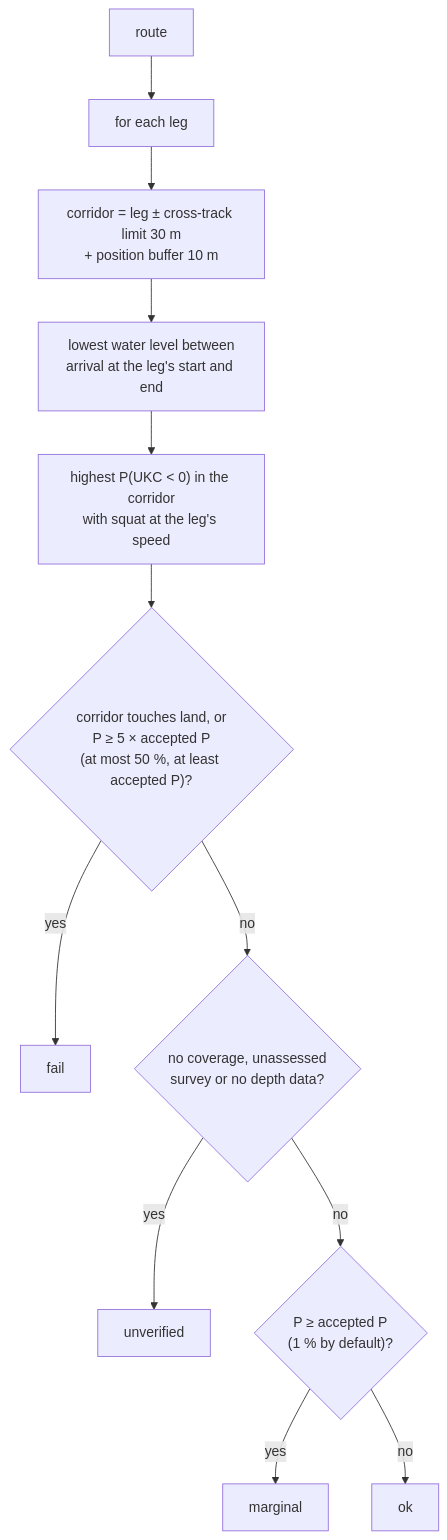
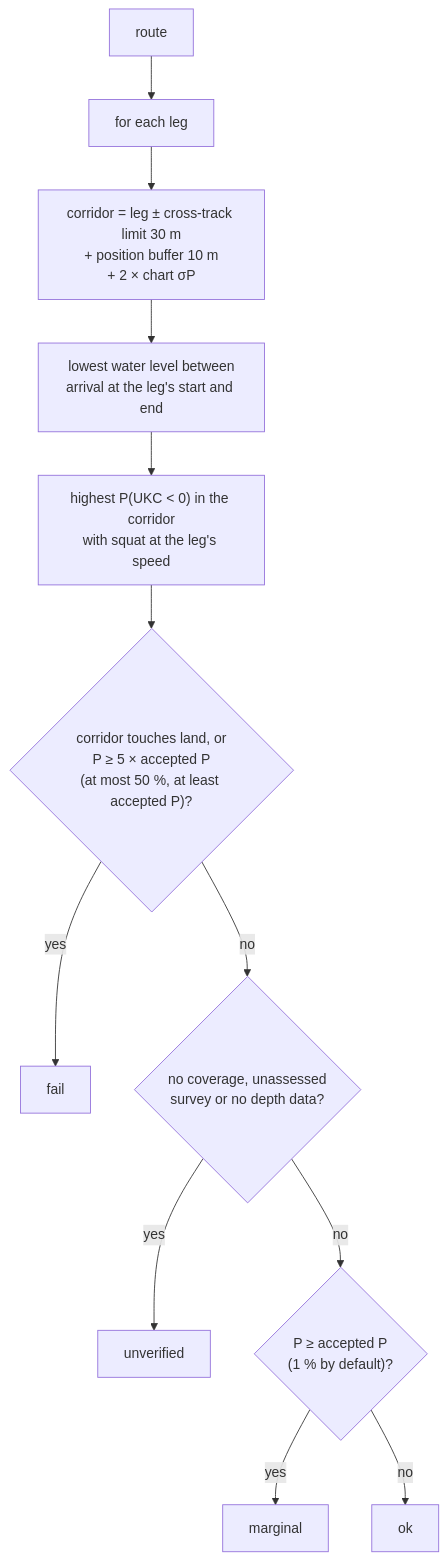
Before and after one commit to KEGustafsson/signalk-underkeel: the fifth of 6 diagrams in docs/HOW-IT-WORKS.md, drawn with Mermaid. The commit also changed 12 other files, not shown here.

First line of the commit message:
fix(route): widen route, repair and query buffers by the chart's position sigma

````diff
--- a/docs/HOW-IT-WORKS.md
+++ b/docs/HOW-IT-WORKS.md
@@ -529,14 +529,14 @@
 ```mermaid
 flowchart TD
   R[route] --> L[for each leg]
-  L --> C[corridor = leg ± cross-track limit 30 m<br/>+ position buffer 10 m]
+  L --> C[corridor = leg ± cross-track limit 30 m<br/>+ position buffer 10 m<br/>+ 2 × chart σP]
   C --> W[lowest water level between<br/>arrival at the leg's start and end]
   W --> Q["highest P(UKC &lt; 0) in the corridor<br/>with squat at the leg's speed"]
   Q --> F{"corridor touches land, or<br/>P ≥ 5 × accepted P<br/>(at most 50 %, at least accepted P)?"}
   F -- yes --> FAIL[fail]
   F -- no --> U{"no coverage, unassessed<br/>survey or no depth data?"}
   U -- yes --> UNV[unverified]
   U -- no --> M{"P ≥ accepted P<br/>(1 % by default)?"}
   M -- yes --> MAR[marginal]
   M -- no --> OK[ok]
 ```
````
